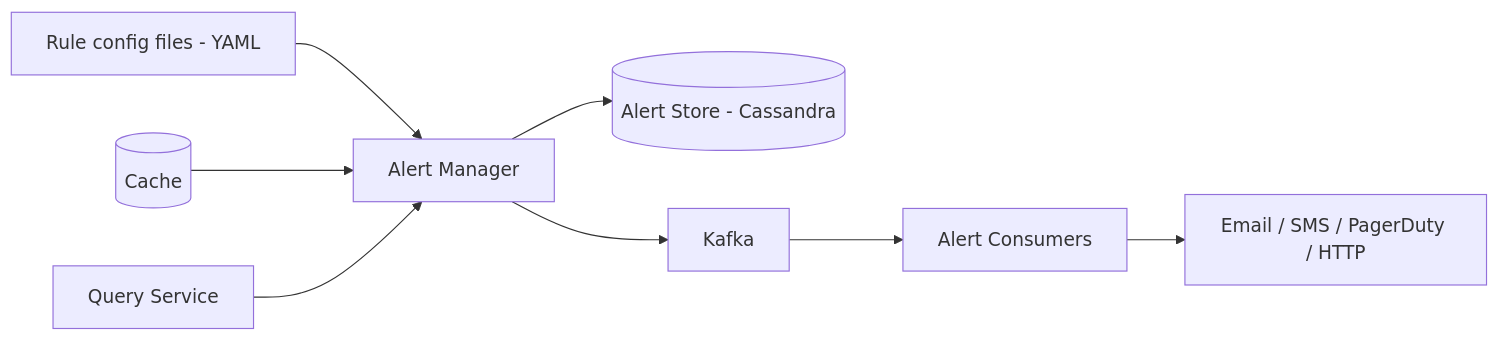
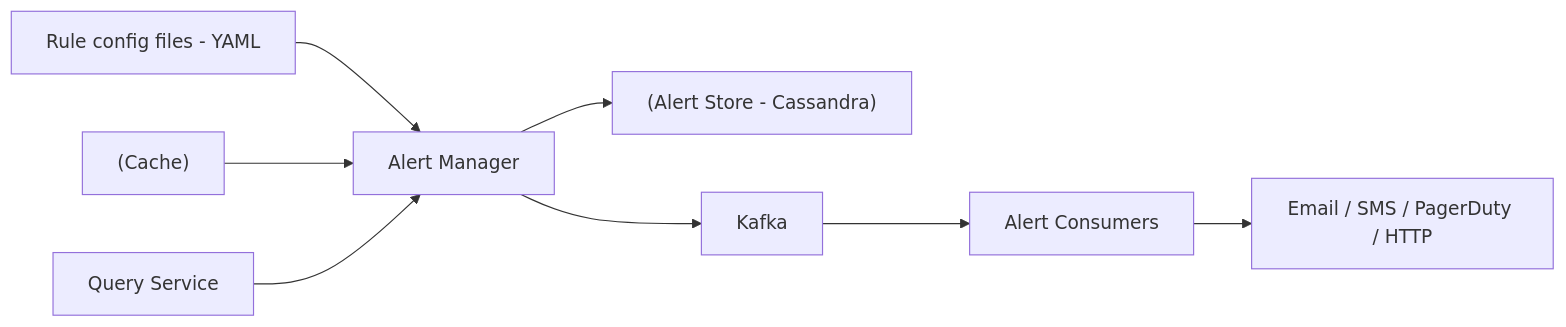
One commit to pankajThakur1874/studysheet changed the fourth of 4 diagrams in files/Book-System-Design-Vol-2/05-metrics-monitoring-alerting.md. Above: the diagram before and after it, drawn with Mermaid. The commit also changed other lines of this file and 102 other files, not shown here.

Commit message:
Auto-fix Mermaid diagram syntax across all study guides to prevent Syntax Error in Mermaid v10

````diff
--- a/files/Book-System-Design-Vol-2/05-metrics-monitoring-alerting.md
+++ b/files/Book-System-Design-Vol-2/05-metrics-monitoring-alerting.md
@@ -142,10 +142,10 @@
 ```mermaid
 flowchart LR
     RC[Rule config files - YAML] --> AM[Alert Manager]
-    Cache[(Cache)] --> AM
+    Cache["(Cache)"] --> AM
     QS[Query Service] --> AM
-    AM --> AS[(Alert Store - Cassandra)]
+    AM --> AS["(Alert Store - Cassandra)"]
     AM --> K[Kafka]
     K --> AC[Alert Consumers]
-    AC --> CH[Email / SMS / PagerDuty / HTTP]
+    AC --> CH["Email / SMS / PagerDuty / HTTP"]
 ```
````
